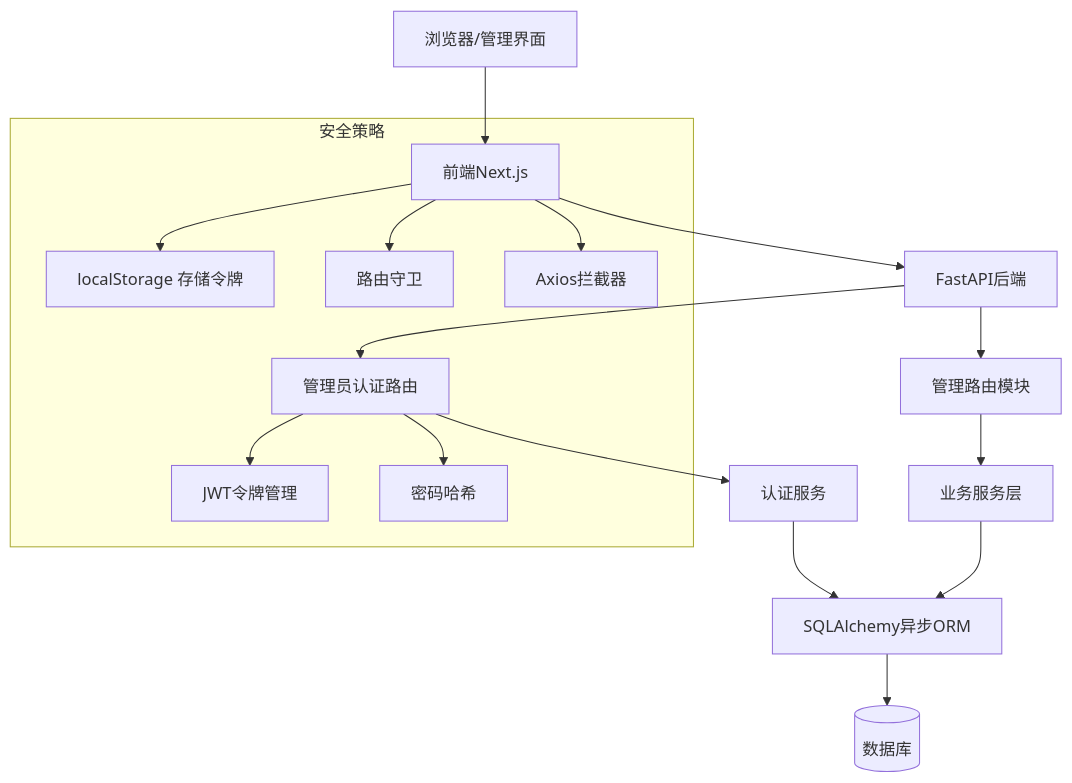
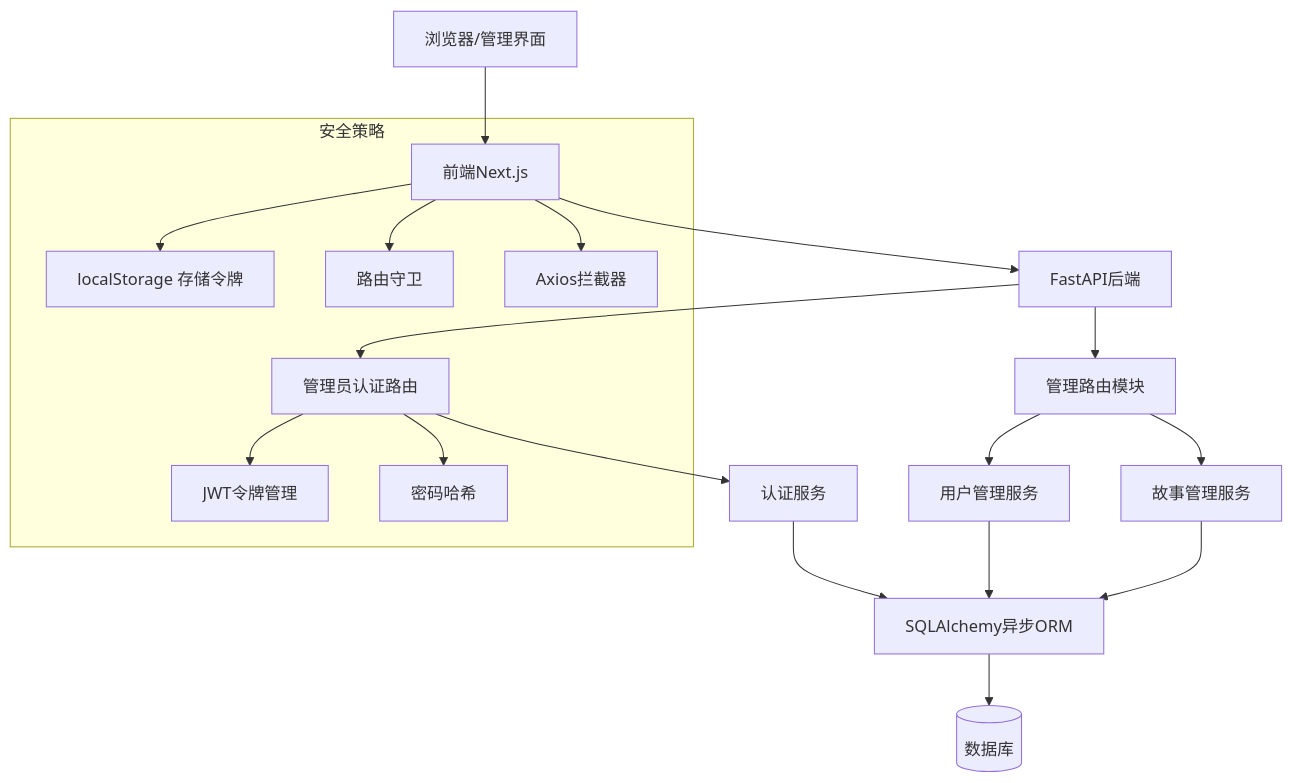
Before and after one commit to KunLabAI/KunFlix: the second of 11 diagrams in .qoder/repowiki/zh/content/后端开发指南/API路由系统/管理员管理API.md, drawn with Mermaid. The commit also changed other lines of this file and 88 other files, not shown here.

````diff
--- a/.qoder/repowiki/zh/content/后端开发指南/API路由系统/管理员管理API.md
+++ b/.qoder/repowiki/zh/content/后端开发指南/API路由系统/管理员管理API.md
@@ -137,19 +144,21 @@
 ```mermaid
 graph TB
 Client[浏览器/管理界面] --> FE[前端Next.js]
 FE --> API[FastAPI后端]
 API --> AdminAuthRouter[管理员认证路由]
 API --> AdminRouter[管理路由模块]
 AdminAuthRouter --> AuthService[认证服务]
-AdminRouter --> Service[业务服务层]
+AdminRouter --> UserService[用户管理服务]
+AdminRouter --> StoryService[故事管理服务]
 AuthService --> ORM[SQLAlchemy异步ORM]
-Service --> ORM
+UserService --> ORM
+StoryService --> ORM
 ORM --> DB[(数据库)]
 subgraph "安全策略"
 FE --> LocalStorage[localStorage 存储令牌]
 FE --> Guard[路由守卫]
 FE --> Interceptor[Axios拦截器]
 AdminAuthRouter --> JWT[JWT令牌管理]
 AdminAuthRouter --> BCrypt[密码哈希]
 end
 ```
````
